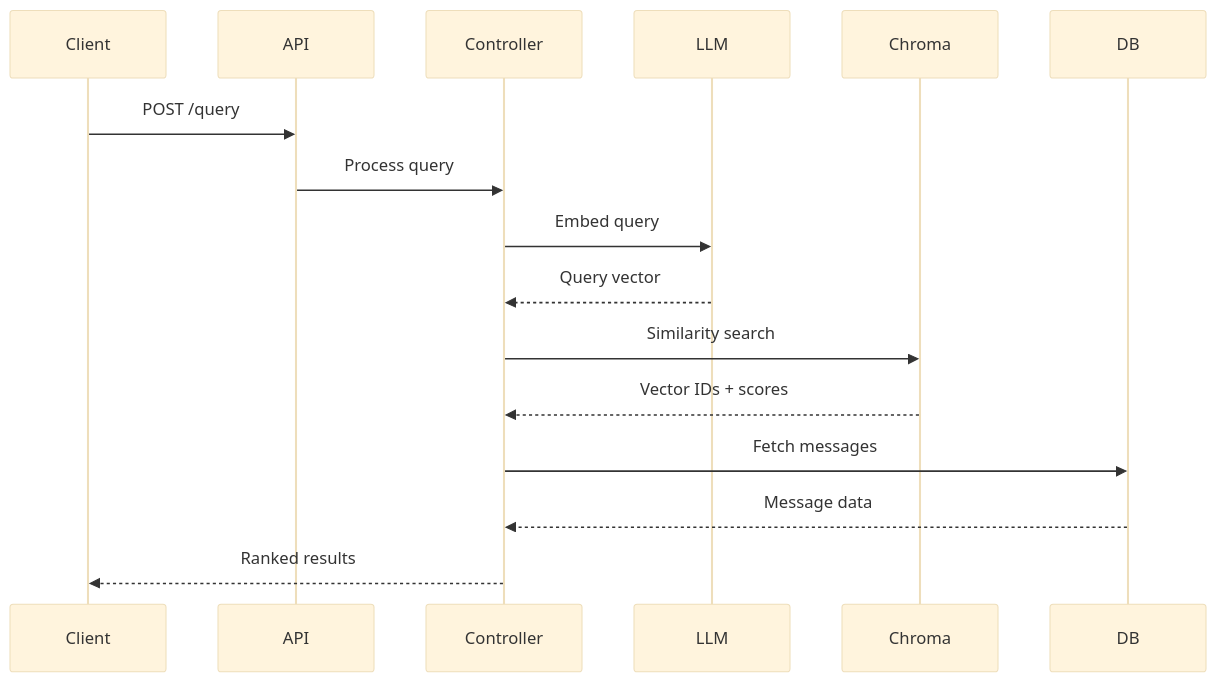
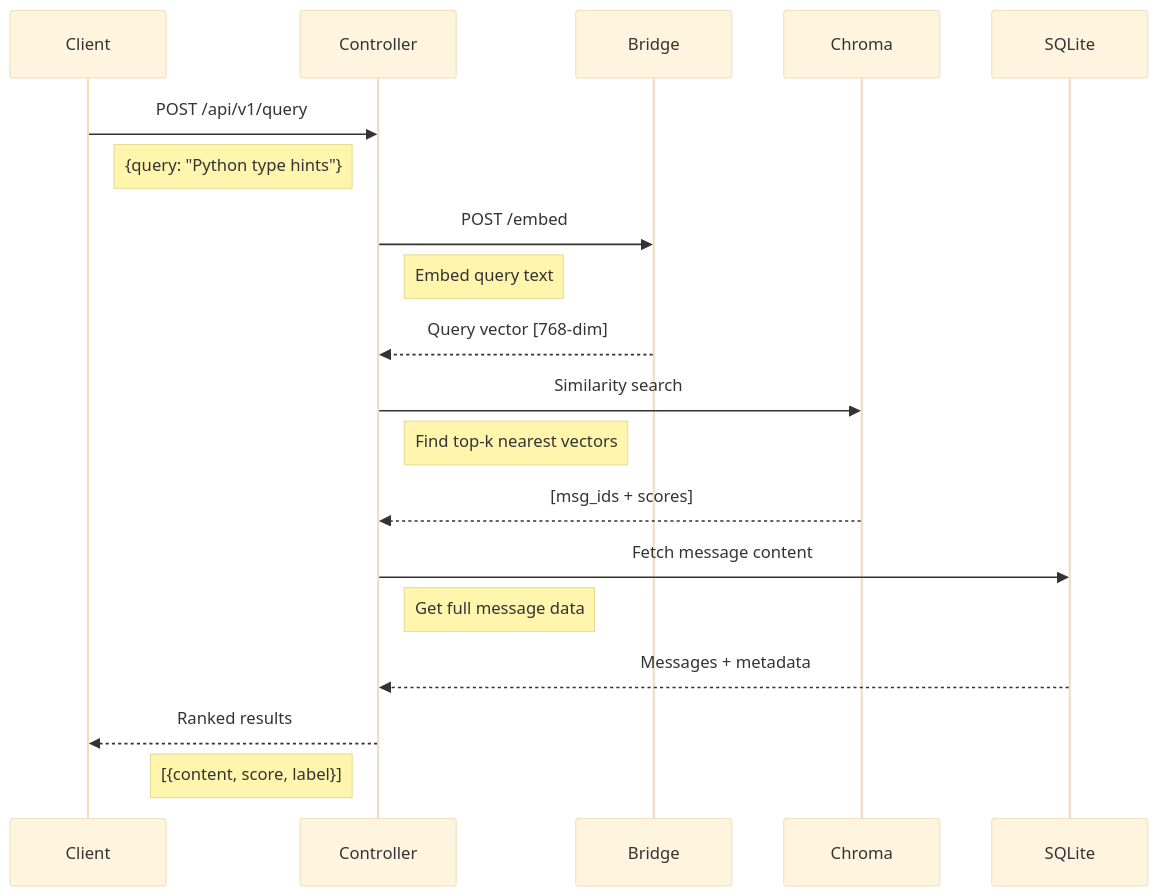
The third of 5 diagrams in docs/architecture/overview.md (sekha-ai/sekha-website), drawn with Mermaid (base theme) before and after one commit. The commit also changed other lines of this file, not shown here.

Commit message:
docs: update architecture overview with accurate component details from actual code

````diff
--- a/docs/architecture/overview.md
+++ b/docs/architecture/overview.md
@@ -152,19 +343,26 @@
 ```mermaid
 sequenceDiagram
     participant Client
-    participant API
     participant Controller
-    participant LLM
+    participant Bridge
     participant Chroma
-    participant DB
+    participant SQLite
     
-    Client->>API: POST /query
-    API->>Controller: Process query
-    Controller->>LLM: Embed query
-    LLM-->>Controller: Query vector
+    Client->>Controller: POST /api/v1/query
+    Note right of Client: {query: "Python type hints"}
+    
+    Controller->>Bridge: POST /embed
+    Note right of Controller: Embed query text
+    Bridge-->>Controller: Query vector [768-dim]
+    
     Controller->>Chroma: Similarity search
-    Chroma-->>Controller: Vector IDs + scores
-    Controller->>DB: Fetch messages
-    DB-->>Controller: Message data
+    Note right of Controller: Find top-k nearest vectors
+    Chroma-->>Controller: [msg_ids + scores]
+    
+    Controller->>SQLite: Fetch message content
+    Note right of Controller: Get full message data
+    SQLite-->>Controller: Messages + metadata
+    
     Controller-->>Client: Ranked results
+    Note left of Controller: [{content, score, label}]
 ```
````
